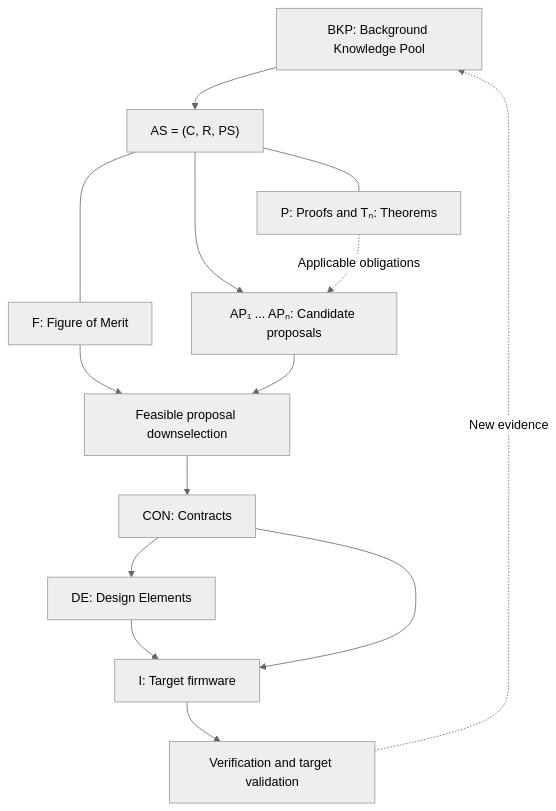
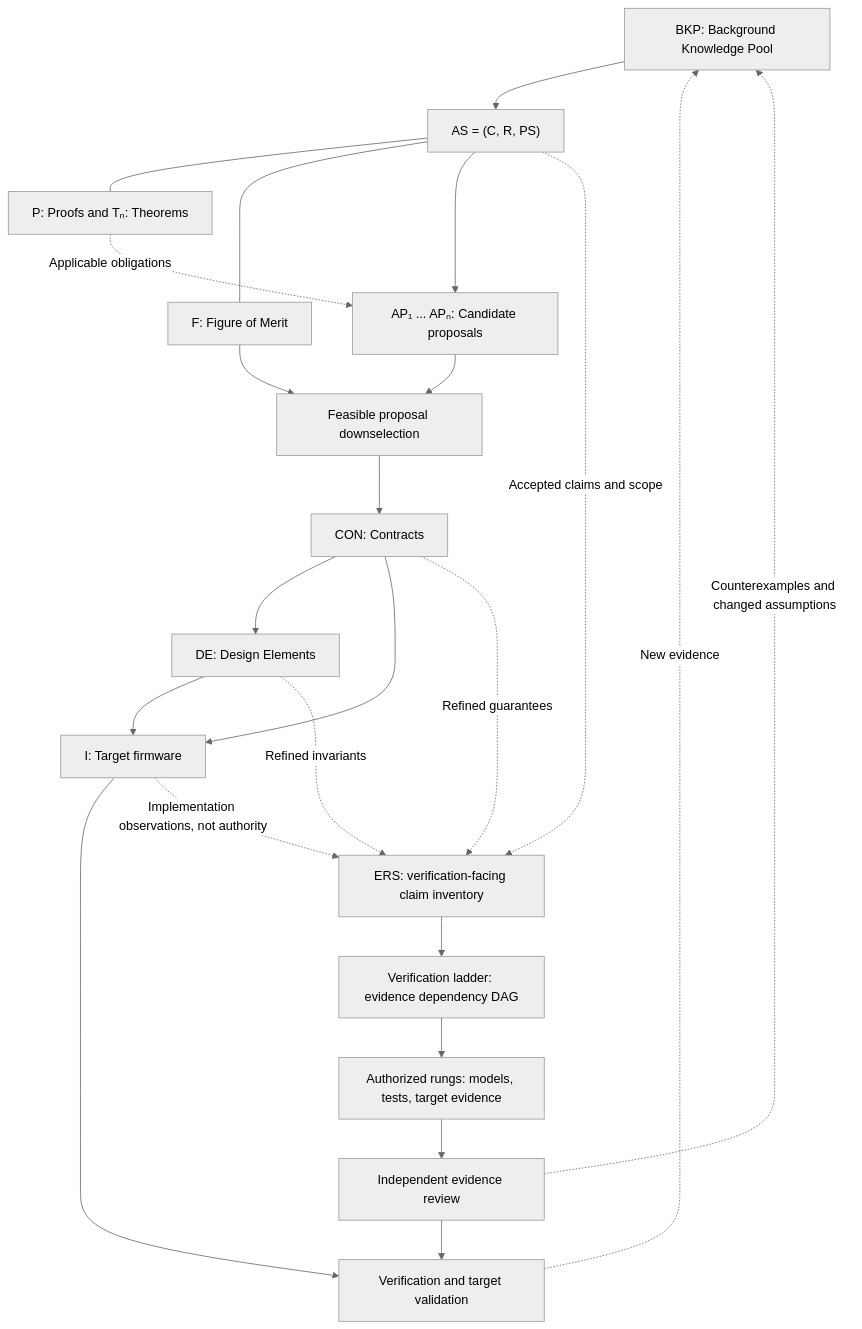
Before and after one commit to tumblewhead/archbot: the first of 5 diagrams in theory_of_operation.md, drawn with Mermaid (neutral theme). The commit also changed other lines of this file and 4 other files, not shown here.

Commit message:
Integrate ERS ladder and human sensemaking into process theory as proposals

````diff
--- a/theory_of_operation.md
+++ b/theory_of_operation.md
@@ -26,16 +26,25 @@
 ```mermaid
 flowchart TD
     BKP["BKP: Background Knowledge Pool"] --> AS["AS = (C, R, PS)"]
     AS --- P["P: Proofs and Tₙ: Theorems"]
     AS --- F["F: Figure of Merit"]
     AS --> AP["AP₁ ... APₙ: Candidate proposals"]
     P -. "Applicable obligations" .-> AP
     F --> SEL["Feasible proposal downselection"]
     AP --> SEL
     SEL --> CON["CON: Contracts"]
     CON --> DE["DE: Design Elements"]
     DE --> I["I: Target firmware"]
     CON --> I
     I --> V["Verification and target validation"]
+    AS -. "Accepted claims and scope" .-> ERS["ERS: verification-facing claim inventory"]
+    CON -. "Refined guarantees" .-> ERS
+    DE -. "Refined invariants" .-> ERS
+    I -. "Implementation observations, not authority" .-> ERS
+    ERS --> LAD["Verification ladder: evidence dependency DAG"]
+    LAD --> RUNG["Authorized rungs: models, tests, target evidence"]
+    RUNG --> REV["Independent evidence review"]
+    REV --> V
+    REV -. "Counterexamples and changed assumptions" .-> BKP
     V -. "New evidence" .-> BKP
 ```
````
